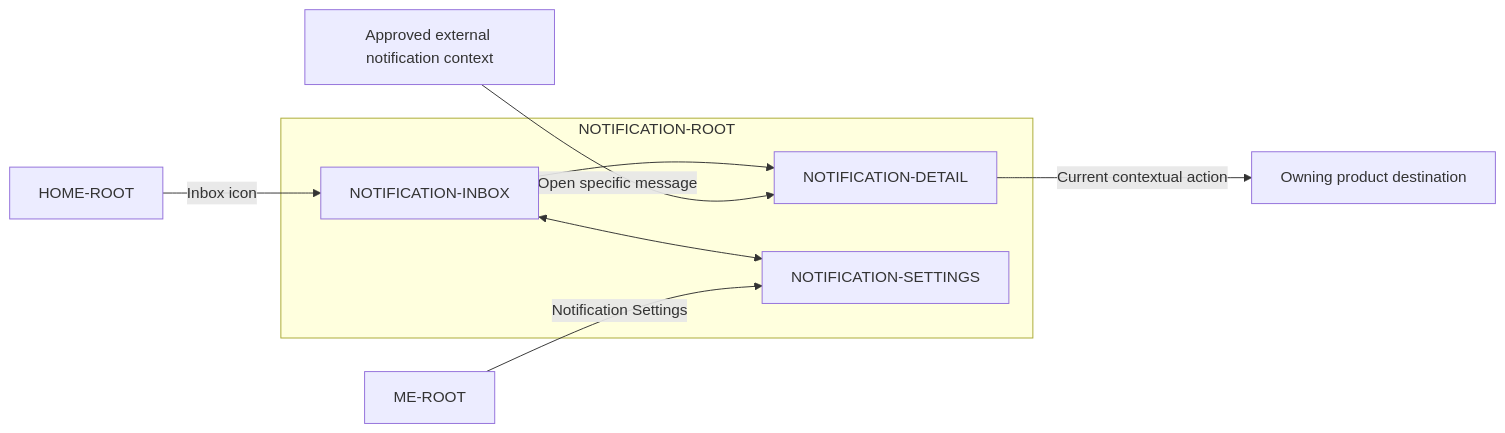
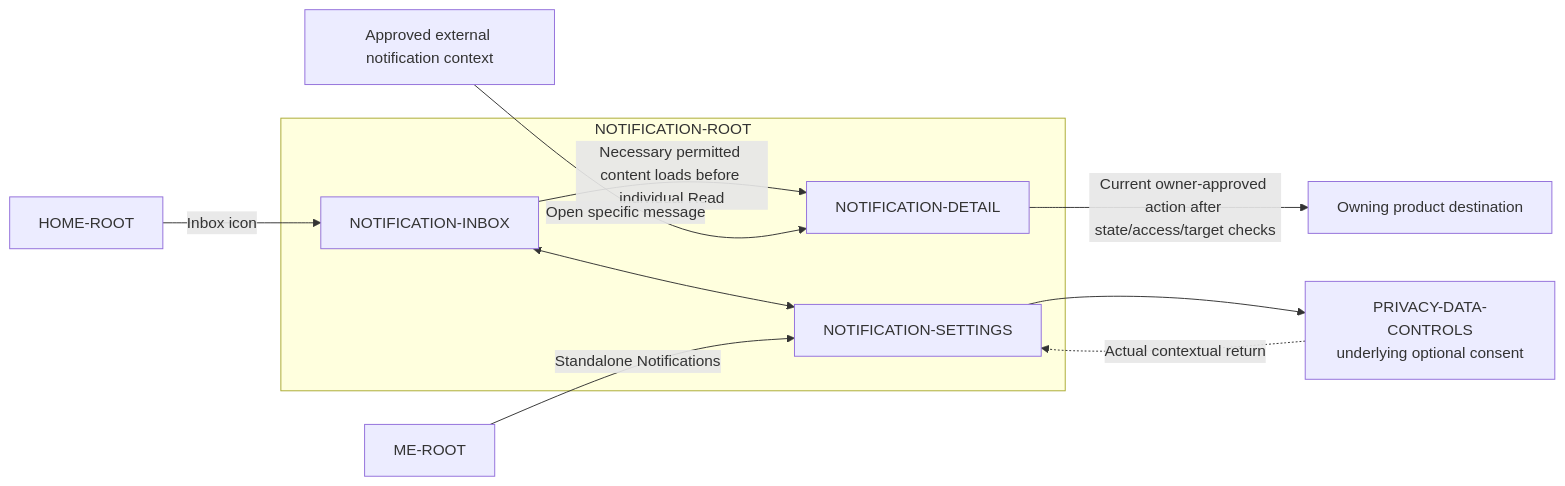
Before and after one commit to adminpayplus/payplus-docs: the diagram in docs/diagrams/routes/payplus-notification-route-map.md, drawn with Mermaid. The commit also changed other lines of this file and 25 other files, not shown here.

````diff
--- a/docs/diagrams/routes/payplus-notification-route-map.md
+++ b/docs/diagrams/routes/payplus-notification-route-map.md
@@ -9,21 +9,23 @@
 ```mermaid
 flowchart LR
   HOME["HOME-ROOT"]
   ME["ME-ROOT"]
   EXTERNAL["Approved external notification context"]
   DEST["Owning product destination"]
 
   subgraph NOTIFICATIONS["NOTIFICATION-ROOT"]
     INBOX["NOTIFICATION-INBOX"]
     DETAIL["NOTIFICATION-DETAIL"]
     SETTINGS["NOTIFICATION-SETTINGS"]
 
-    INBOX --> DETAIL
+    INBOX -->|"Necessary permitted content loads before individual Read"| DETAIL
     INBOX <--> SETTINGS
   end
 
   HOME -->|"Inbox icon"| INBOX
-  ME -->|"Notification Settings"| SETTINGS
+  ME -->|"Standalone Notifications"| SETTINGS
   EXTERNAL -->|"Open specific message"| DETAIL
-  DETAIL -->|"Current contextual action"| DEST
+  DETAIL -->|"Current owner-approved action after state/access/target checks"| DEST
+  SETTINGS --> PRIVACY["PRIVACY-DATA-CONTROLS<br/>underlying optional consent"]
+  PRIVACY -. "Actual contextual return" .-> SETTINGS
 ```
````
